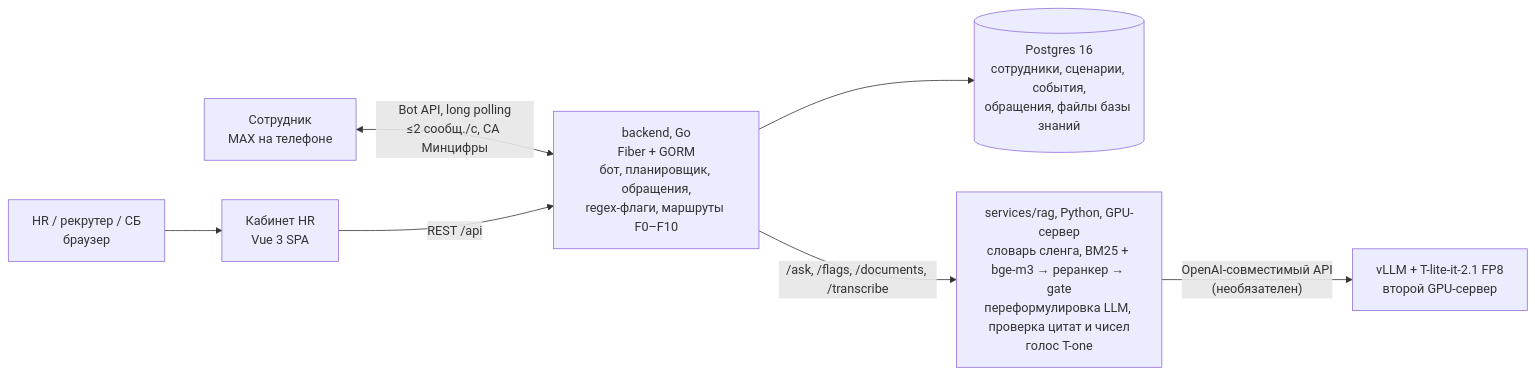
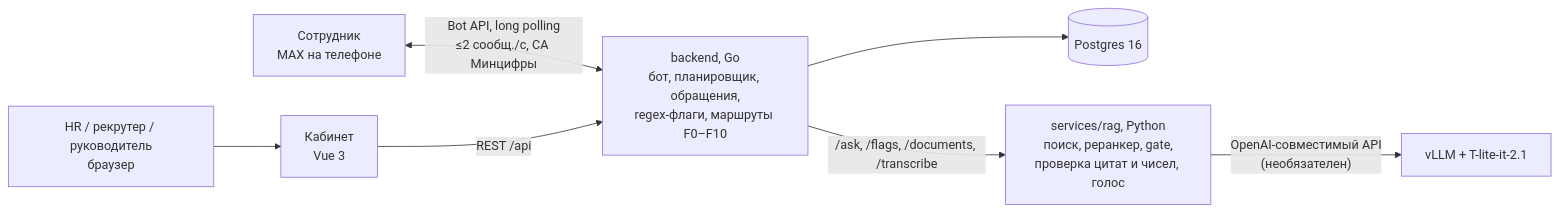
Before and after one commit to kunak-agency/polyplastic-bot: the diagram in README.md, drawn with Mermaid. The commit also changed other lines of this file and 1 other file, not shown here.

````diff
--- a/README.md
+++ b/README.md
@@ -228,9 +75,9 @@
 ```mermaid
 flowchart LR
     NC["Сотрудник<br/>MAX на телефоне"] <-->|"Bot API, long polling<br/>≤2 сообщ./с, CA Минцифры"| BE
-    HR["HR / рекрутер / СБ<br/>браузер"] --> FE["Кабинет HR<br/>Vue 3 SPA"]
-    FE -->|"REST /api"| BE["backend, Go<br/>Fiber + GORM<br/>бот, планировщик, обращения,<br/>regex-флаги, маршруты F0–F10"]
-    BE --> PG[("Postgres 16<br/>сотрудники, сценарии, события,<br/>обращения, файлы базы знаний")]
-    BE -->|"/ask, /flags, /documents, /transcribe"| RAG["services/rag, Python, GPU-сервер<br/>словарь сленга, BM25 + bge-m3 → реранкер → gate<br/>переформулировка LLM, проверка цитат и чисел<br/>голос T-one"]
-    RAG -->|"OpenAI-совместимый API<br/>(необязателен)"| LLM["vLLM + T-lite-it-2.1 FP8<br/>второй GPU-сервер"]
+    HR["HR / рекрутер / руководитель<br/>браузер"] --> FE["Кабинет<br/>Vue 3"]
+    FE -->|"REST /api"| BE["backend, Go<br/>бот, планировщик, обращения,<br/>regex-флаги, маршруты F0–F10"]
+    BE --> PG[("Postgres 16")]
+    BE -->|"/ask, /flags, /documents, /transcribe"| RAG["services/rag, Python<br/>поиск, реранкер, gate,<br/>проверка цитат и чисел, голос"]
+    RAG -->|"OpenAI-совместимый API<br/>(необязателен)"| LLM["vLLM + T-lite-it-2.1"]
 ```
````
